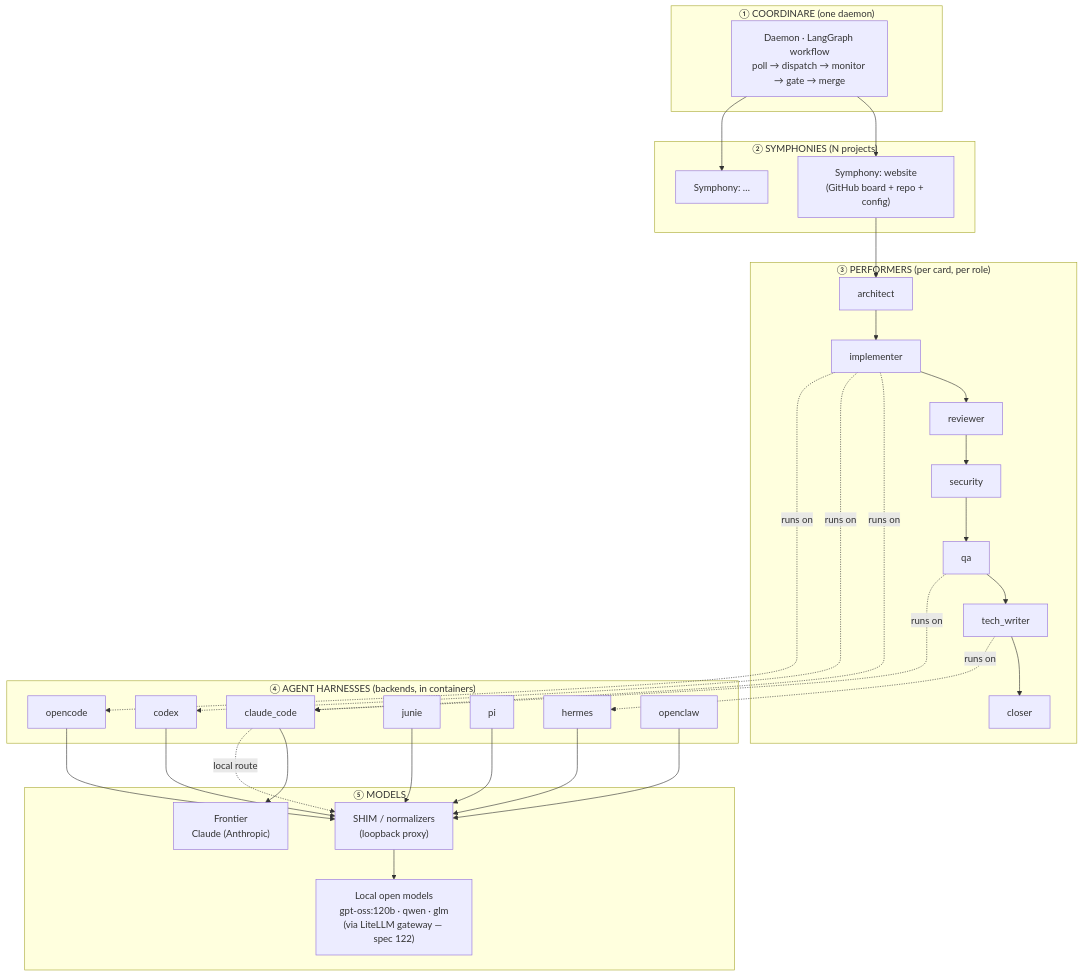
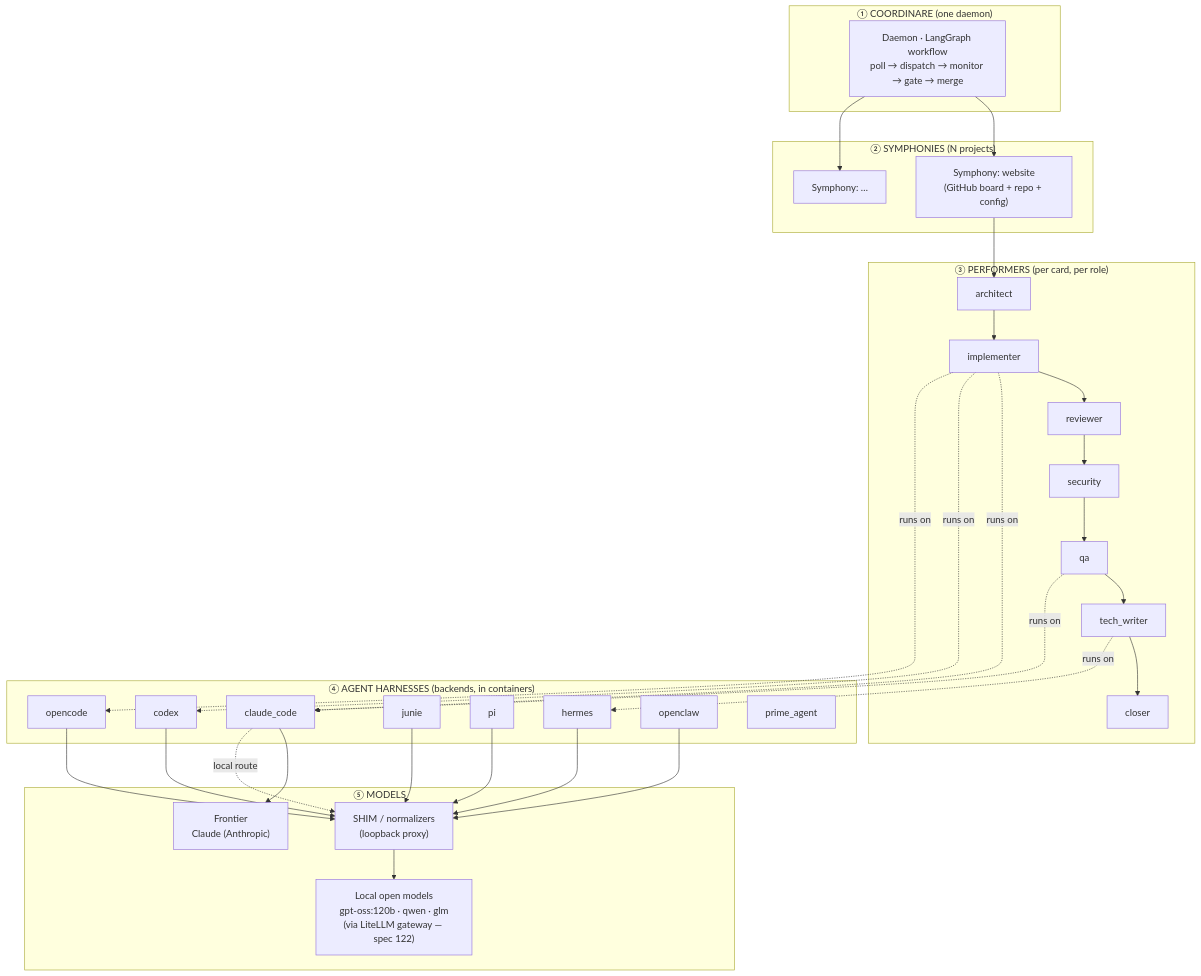
Before and after one commit to ViviDynamics/coordinare: the first of 4 diagrams in docs/onboarding/02-architecture.md, drawn with Mermaid. The commit also changed 14 other files, not shown here.

First line of the commit message:
feat(performer): add prime_agent performer backend (#218)

````diff
--- a/docs/onboarding/02-architecture.md
+++ b/docs/onboarding/02-architecture.md
@@ -8,36 +8,37 @@
 ```mermaid
 flowchart TB
   subgraph L1["① COORDINARE (one daemon)"]
     D["Daemon · LangGraph workflow<br/>poll → dispatch → monitor → gate → merge"]
   end
 
   subgraph L2["② SYMPHONIES (N projects)"]
     S1["Symphony: website<br/>(GitHub board + repo + config)"]
     S2["Symphony: …<br/>"]
   end
 
   subgraph L3["③ PERFORMERS (per card, per role)"]
     P1["architect"]; P2["implementer"]; P3["reviewer"]
     P4["security"]; P5["qa"]; P6["tech_writer"]; P7["closer"]
   end
 
   subgraph L4["④ AGENT HARNESSES (backends, in containers)"]
     H1["claude_code"]; H2["codex"]; H3["opencode"]
     H4["junie"]; H5["pi"]; H6["hermes"]; H7["openclaw"]
+    H8["prime_agent"]
   end
 
   subgraph L5["⑤ MODELS"]
     M1["Frontier<br/>Claude (Anthropic)"]
     SH["SHIM / normalizers<br/>(loopback proxy)"]
     M2["Local open models<br/>gpt-oss:120b · qwen · glm<br/>(via LiteLLM gateway — spec 122)"]
   end
 
   D --> S1 & S2
   S1 --> P1 --> P2 --> P3 --> P4 --> P5 --> P6 --> P7
   P2 -.runs on.-> H1 & H2 & H3
   P5 -.runs on.-> H1
   P6 -.runs on.-> H6
   H1 --> M1
   H2 & H3 & H4 & H5 & H6 & H7 --> SH --> M2
   H1 -.local route.-> SH
 ```
````
